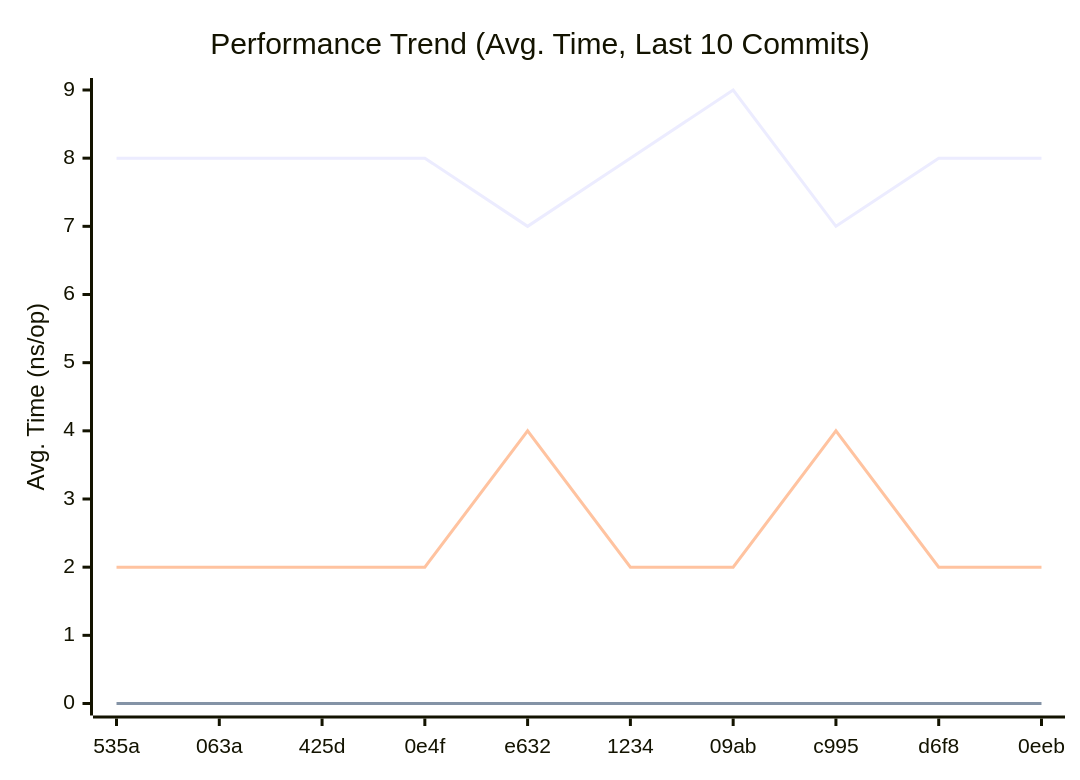
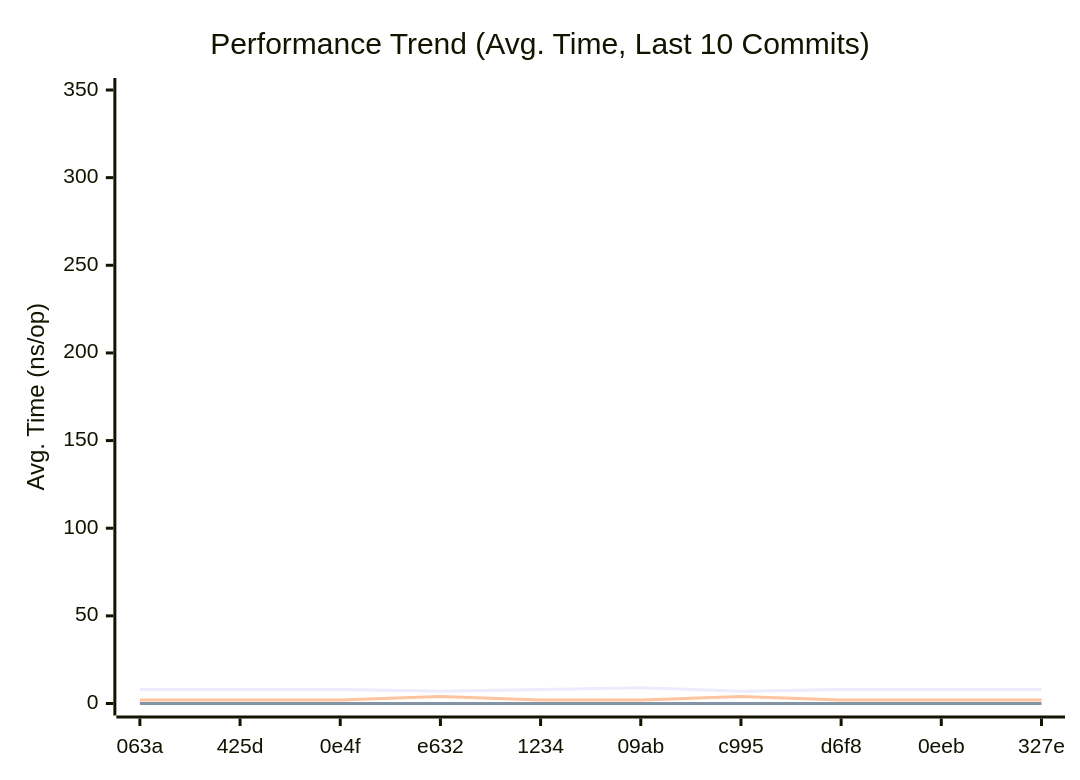
Before and after one commit to alsotoes/momo: the first of 3 diagrams in doc/README.md, drawn with Mermaid. The commit also changed other lines of this file and 1 other file, not shown here.

````diff
--- a/doc/README.md
+++ b/doc/README.md
@@ -290,10 +296,12 @@
 ```mermaid
 xychart-beta
     title "Performance Trend (Avg. Time, Last 10 Commits)"
     x-axis "Commit"
     y-axis "Avg. Time (ns/op)"
-    x-axis [535a,063a,425d,0e4f,e632,1234,09ab,c995,d6f8,0eeb]
-    line "CheckMetricsAndSwap" [8,8,8,8,7,8,9,7,8,8]
+    x-axis [063a,425d,0e4f,e632,1234,09ab,c995,d6f8,0eeb,327e]
+    line "CheckMetricsAndSwap" [8,8,8,7,8,9,7,8,8,8]
     line "IndexDirectTracking" [0,0,0,0,0,0,0,0,0,0]
-    line "IndexSearch" [2,2,2,2,4,2,2,4,2,2]
+    line "IndexSearch" [2,2,2,4,2,2,4,2,2,2]
+    line "ParseReplicationOrder_NoPrealloc" [350]
+    line "ParseReplicationOrder_Prealloc" [229]
 ```
````
